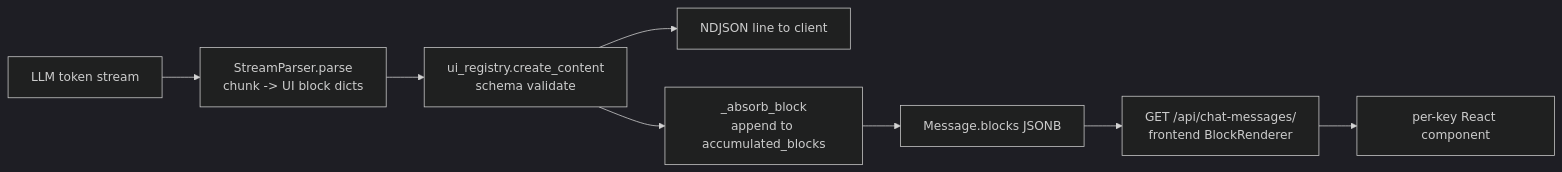
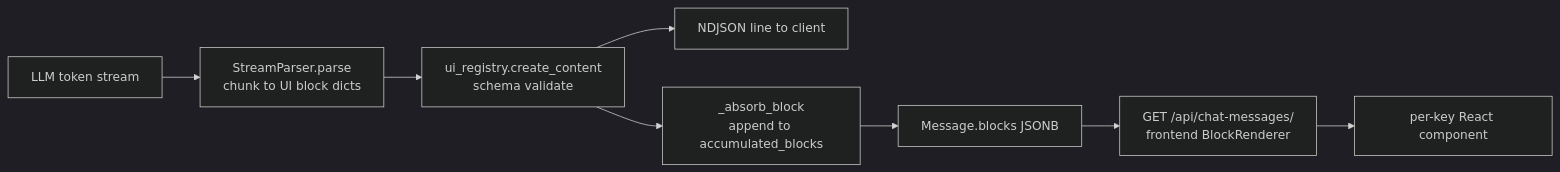
The fourth of 4 diagrams in docs/developer-guide/guides/ai-assistant.md (waldur/waldur-docs), drawn with Mermaid (dark theme) before and after one commit. The commit also changed other lines of this file and 34 other files, not shown here.

````diff
--- a/docs/developer-guide/guides/ai-assistant.md
+++ b/docs/developer-guide/guides/ai-assistant.md
@@ -474,10 +474,10 @@
 ```mermaid
 graph LR
-    A[LLM token stream] --> B[StreamParser.parse<br/>chunk -> UI block dicts]
+    A[LLM token stream] --> B[StreamParser.parse<br/>chunk to UI block dicts]
     B --> C[ui_registry.create_content<br/>schema validate]
     C --> D[NDJSON line to client]
     C --> E[_absorb_block<br/>append to accumulated_blocks]
     E --> F[Message.blocks JSONB]
     F --> G[GET /api/chat-messages/<br/>frontend BlockRenderer]
     G --> H[per-key React component]
 ```
````
